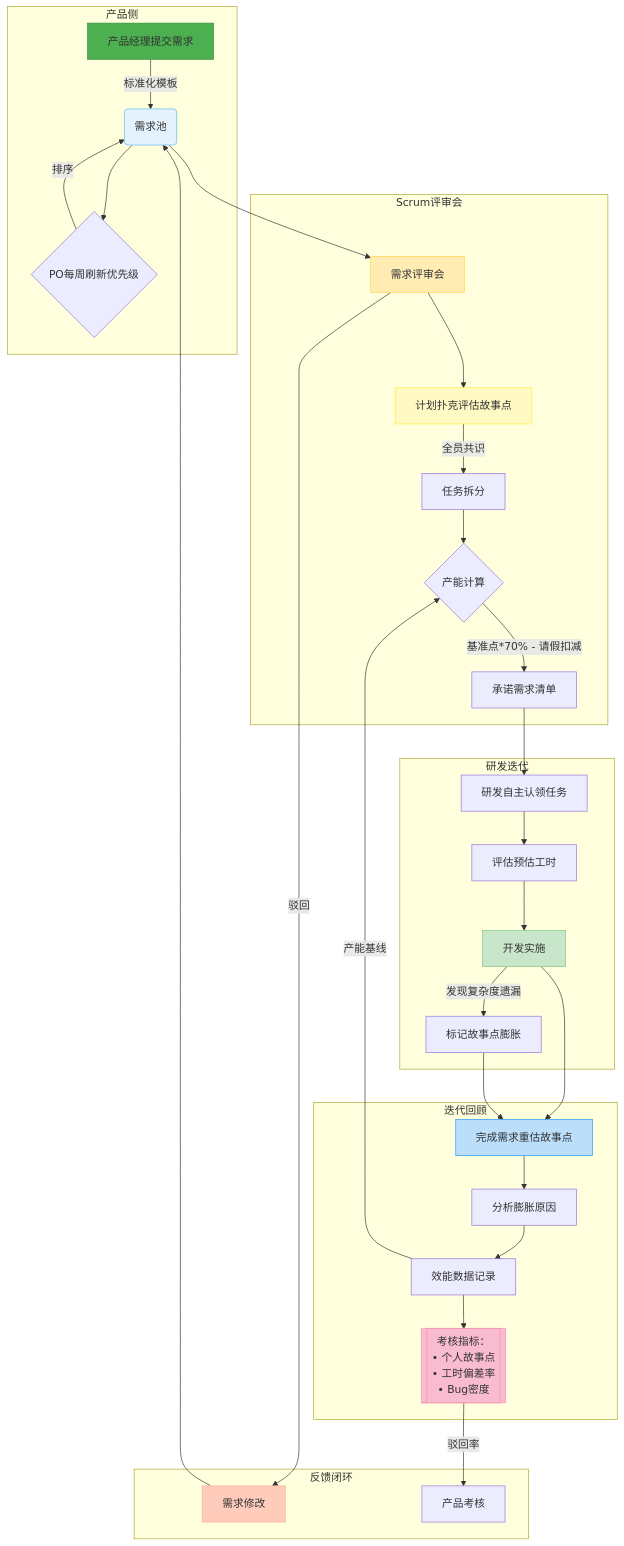
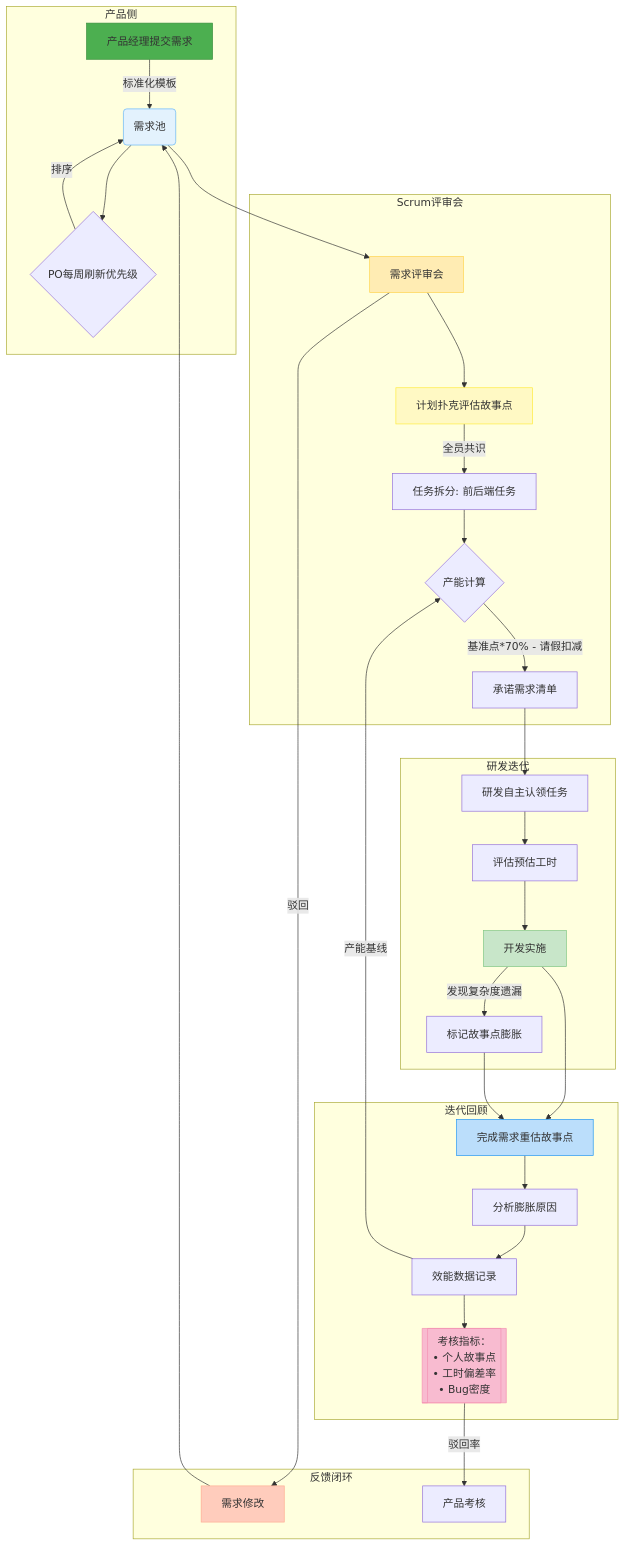
The first of 2 diagrams in source/_posts/business/scrum.md (holmofy/blog.hufeifei.cn), drawn with Mermaid before and after one commit. The commit also changed other lines of this file, not shown here.

````diff
--- a/source/_posts/business/scrum.md
+++ b/source/_posts/business/scrum.md
@@ -32,47 +36,47 @@
 ```mermaid
 graph TD
     subgraph 产品侧
     A[产品经理提交需求] -->|标准化模板| B(需求池)
     B --> C{PO每周刷新优先级}
     C -->|排序| B
     end
 
     subgraph Scrum评审会
     B --> D[需求评审会]
     D --> E[计划扑克评估故事点]
-    E -->|全员共识| F[任务拆分]
+    E -->|全员共识| F[任务拆分: 前后端任务]
     F --> G{产能计算}
     G -->|基准点*70% - 请假扣减| H[承诺需求清单]
     end
 
     subgraph 研发迭代
     H --> I[研发自主认领任务]
     I --> J[评估预估工时]
     J --> K[开发实施]
     K -->|发现复杂度遗漏| L[标记故事点膨胀]
     end
 
     subgraph 迭代回顾
     K --> M[完成需求重估故事点]
     L --> M
     M --> N[分析膨胀原因]
     N --> O[效能数据记录]
     O --> P[[考核指标：<br>• 个人故事点<br>• 工时偏差率<br>• Bug密度]]
     end
 
     subgraph 反馈闭环
     D -->|驳回| Q[需求修改]
     Q --> B
     O -->|产能基线| G
     P -->|驳回率| R[产品考核]
     end
 
     style A fill:#4CAF50,stroke:#388E3C
     style B fill:#E3F2FD,stroke:#64B5F6
     style D fill:#FFECB3,stroke:#FFD54F
     style E fill:#FFF9C4,stroke:#FFEB3B
     style K fill:#C8E6C9,stroke:#81C784
     style M fill:#BBDEFB,stroke:#2196F3
     style P fill:#F8BBD0,stroke:#F48FB1
     style Q fill:#FFCCBC,stroke:#FFAB91
 ```
````
